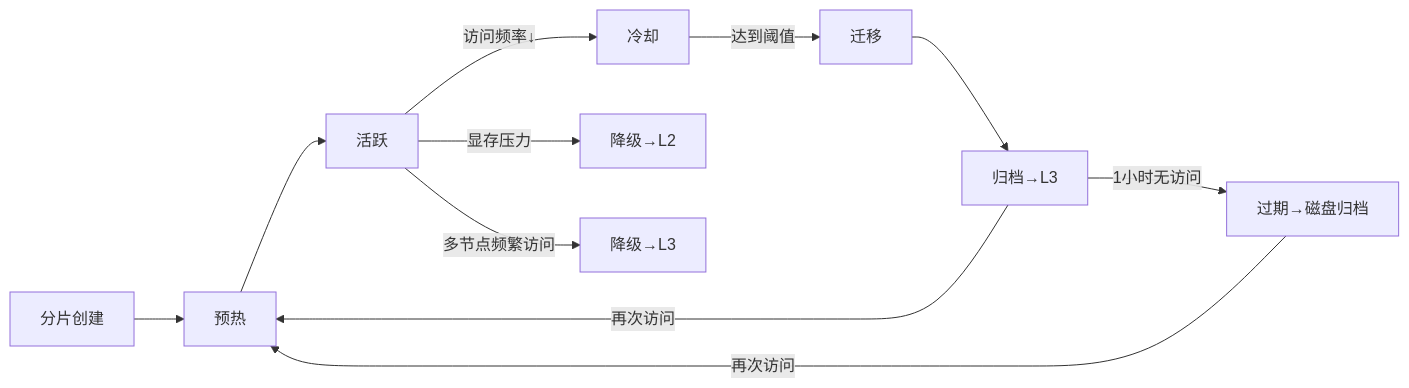
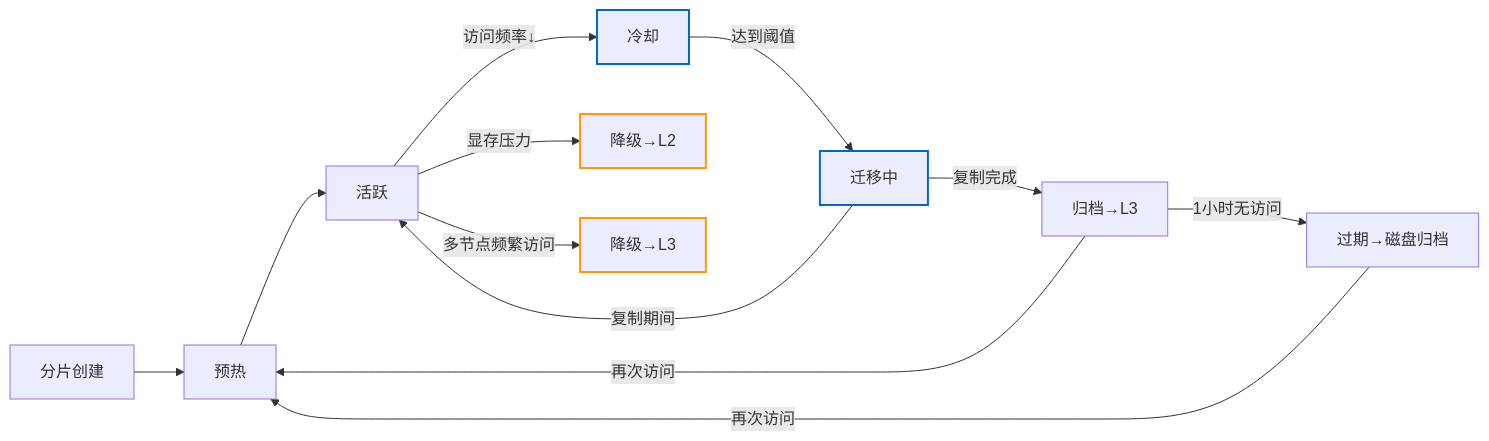
The fifth of 6 diagrams in README.md (hiicl/Helios-Calculation), drawn with Mermaid before and after one commit. The commit also changed other lines of this file, not shown here.

````diff
--- a/README.md
+++ b/README.md
@@ -235,13 +255,22 @@
 ```mermaid
 graph LR
   A[分片创建] --> B[预热]
   B --> C[活跃]
   C -->|访问频率↓| D[冷却]
-  D -->|达到阈值| E[迁移]
+  D -->|达到阈值| M[迁移中]
+  M -->|复制完成| G[归档→L3]
   C -->|显存压力| F[降级→L2]
   C -->|多节点频繁访问| H[降级→L3]
-  E --> G[归档→L3]
+  M -->|复制期间| C
+  
+  %% 降级路径样式
+  style F stroke:#ff9900,stroke-width:2px
+  style H stroke:#ff9900,stroke-width:2px
+  %% 冷却路径样式
+  style D stroke:#0066cc,stroke-width:2px
+  style M stroke:#0066cc,stroke-width:2px
+  
   G -->|1小时无访问| I[过期→磁盘归档]
   I -->|再次访问| B
   G -->|再次访问| B
 ```
````
